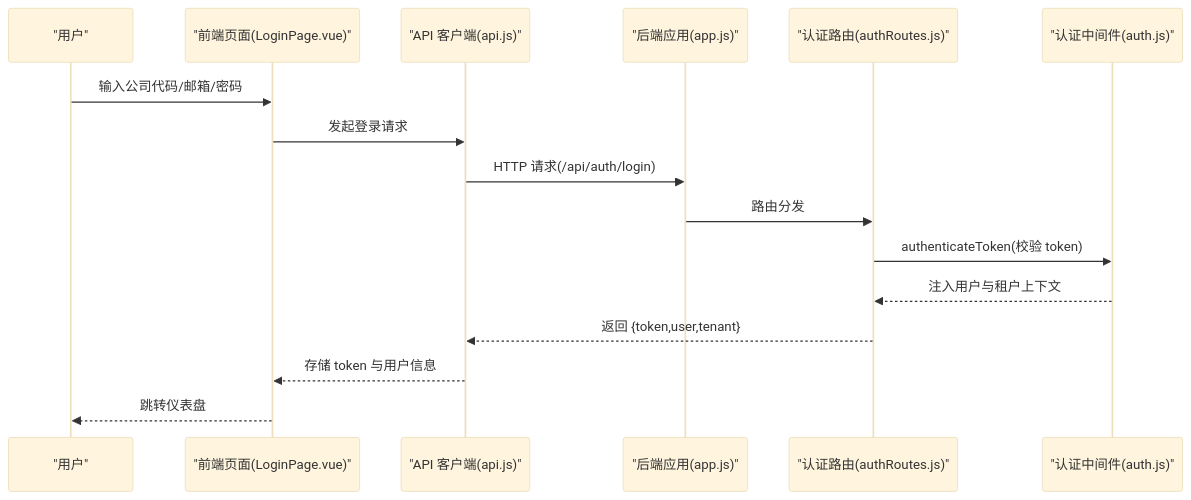
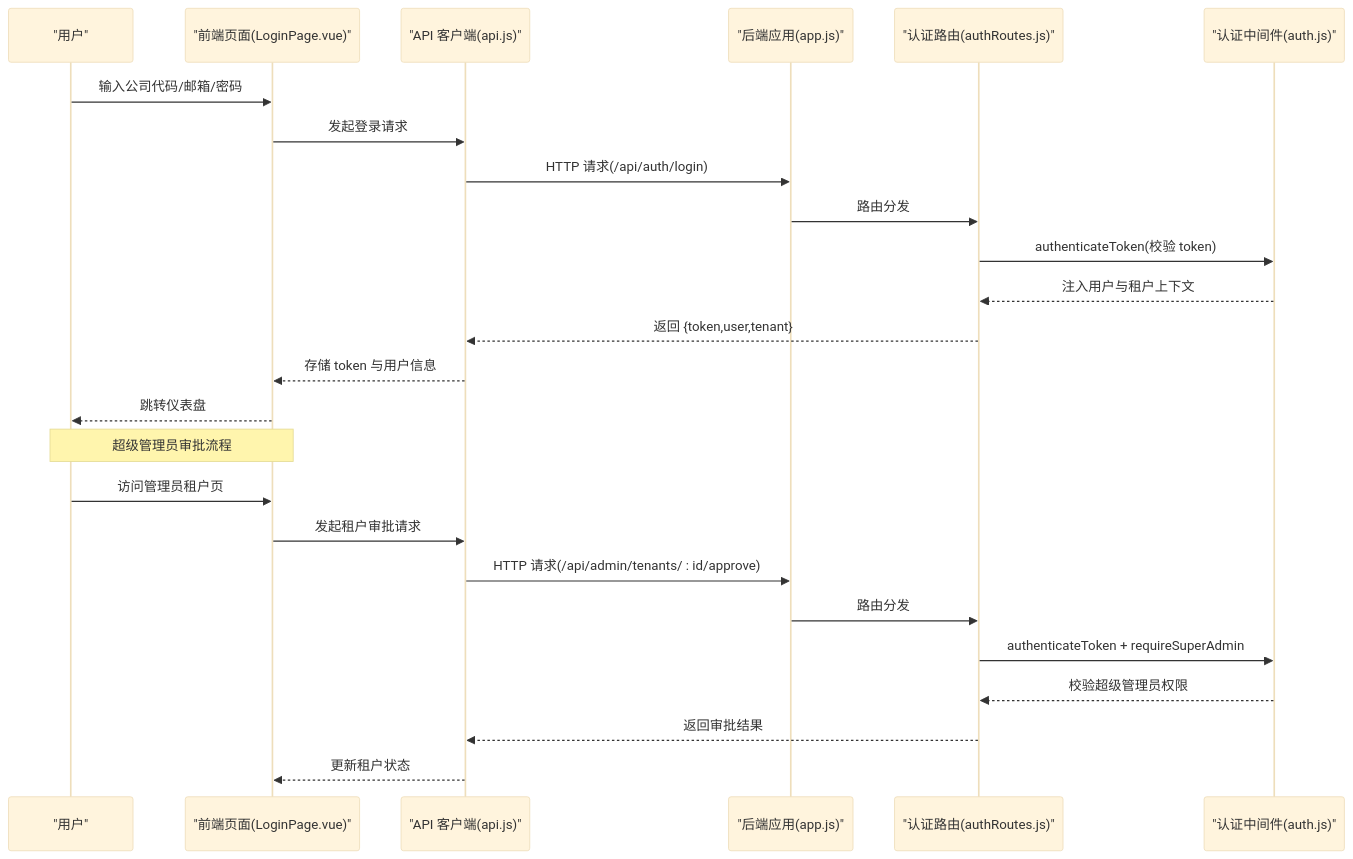
Before and after one commit to Juny09/inventory_system: the second of 10 diagrams in .qoder/repowiki/zh/content/核心功能模块/用户认证模块.md, drawn with Mermaid (base theme). The commit also changed other lines of this file and 53 other files, not shown here.

````diff
--- a/.qoder/repowiki/zh/content/核心功能模块/用户认证模块.md
+++ b/.qoder/repowiki/zh/content/核心功能模块/用户认证模块.md
@@ -135,18 +169,27 @@
 ```mermaid
 sequenceDiagram
 participant U as "用户"
 participant V as "前端页面(LoginPage.vue)"
 participant S as "API 客户端(api.js)"
 participant A as "后端应用(app.js)"
 participant R as "认证路由(authRoutes.js)"
 participant M as "认证中间件(auth.js)"
 U->>V : 输入公司代码/邮箱/密码
 V->>S : 发起登录请求
 S->>A : HTTP 请求(/api/auth/login)
 A->>R : 路由分发
 R->>M : authenticateToken(校验 token)
 M-->>R : 注入用户与租户上下文
 R-->>S : 返回 {token,user,tenant}
 S-->>V : 存储 token 与用户信息
 V-->>U : 跳转仪表盘
+Note over U,V : 超级管理员审批流程
+U->>V : 访问管理员租户页
+V->>S : 发起租户审批请求
+S->>A : HTTP 请求(/api/admin/tenants/ : id/approve)
+A->>R : 路由分发
+R->>M : authenticateToken + requireSuperAdmin
+M-->>R : 校验超级管理员权限
+R-->>S : 返回审批结果
+S-->>V : 更新租户状态
 ```
````
